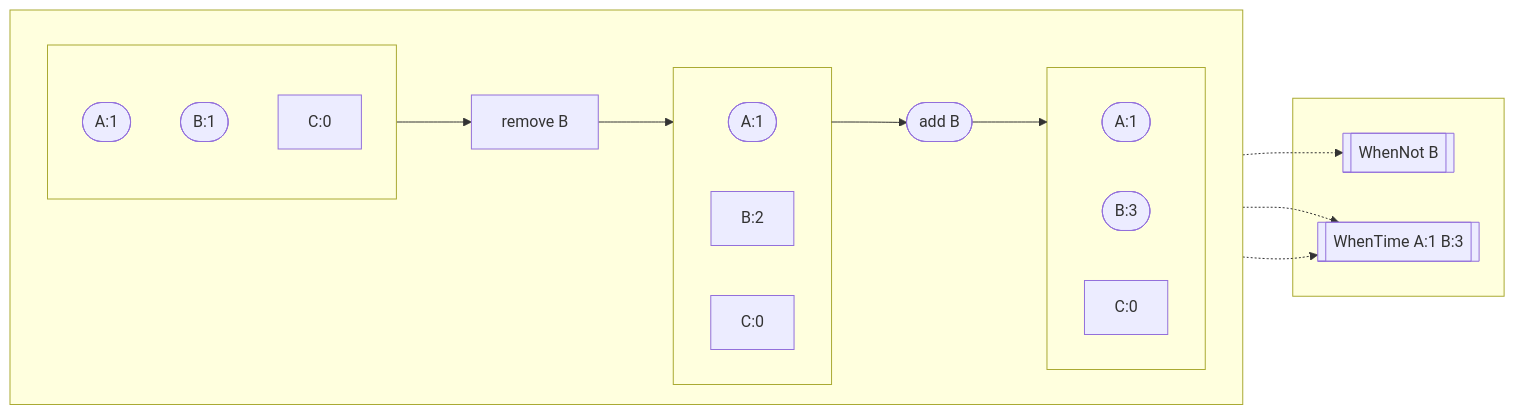
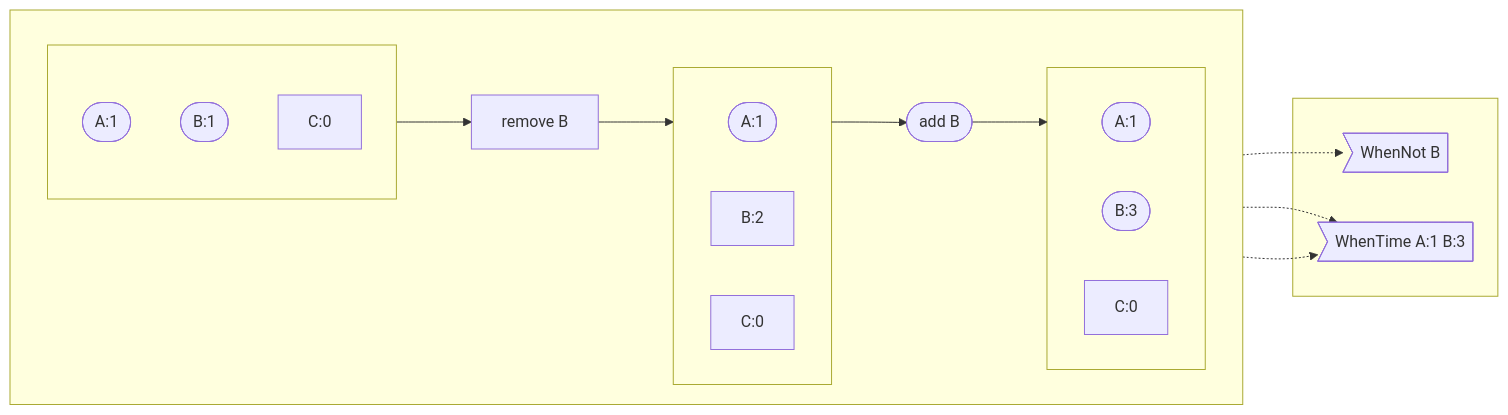
One commit to pancsta/asyncmachine-go changed the seventh of 7 diagrams in pkg/machine/README.md. Above: the diagram before and after it, drawn with Mermaid. The commit also changed other lines of this file and 18 other files, not shown here.

````diff
--- a/pkg/machine/README.md
+++ b/pkg/machine/README.md
@@ -169,33 +172,33 @@
 ```mermaid
 flowchart LR
     subgraph SubStates[ ]
       direction LR
         subgraph SubStep1[ ]
       direction BT
             A1([A:1])
             B1([B:1])
             C1[C:0]
         end
         SubMutation1[remove B]
         subgraph SubStep2[ ]
             A2([A:1])
             B2[B:2]
             C2[C:0]
         end
         SubMutation2([add B])
         subgraph SubStep3[ ]
           A3([A:1])
           B3([B:3])
           C3[C:0]
         end
     end
     SubStep1 --> SubMutation1 --> SubStep2
     SubStep2 --> SubMutation2 --> SubStep3
     B2 .-> WhenNotB
     A3 .-> WhenTimeB3
     B3 .-> WhenTimeB3
     subgraph Subs[ ]
-        WhenNotB[["WhenNot B"]]
-        WhenTimeB3[["WhenTime A:1 B:3"]]
+        WhenNotB>"WhenNot B"]
+        WhenTimeB3>"WhenTime A:1 B:3"]
     end
 ```
````
